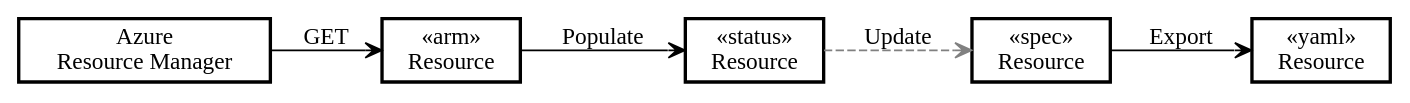
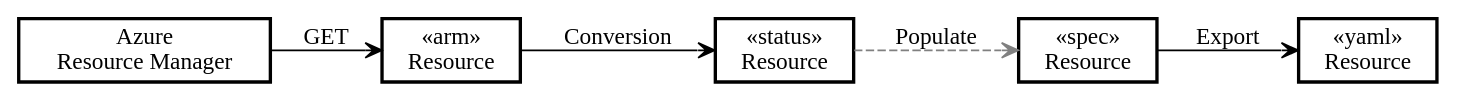
The diagram in docs/hugo/content/design/images/adr-2022-11-import-flow.dot (Azure/azure-service-operator), drawn with Graphviz before and after one commit. The commit also changed 1 other file, not shown here.

Commit message:
Tweak diagram

```diff
--- a/docs/hugo/content/design/images/adr-2022-11-import-flow.dot
+++ b/docs/hugo/content/design/images/adr-2022-11-import-flow.dot
@@ -1,22 +1,22 @@
 graph {
     nodesep="1"
     rankdir = LR;
 
     node [shape=rect, penwidth=2]
     arm [label="Azure\nResource Manager"]
 
     rsrc_arm [label="«arm»\nResource"]
     
     rsrc_spec [label="«spec»\nResource"]
     rsrc_status [label="«status»\nResource"]
     rsrc_yaml [label="«yaml»\nResource"]
 
     edge [arrowhead=vee, arrowtail=vee, dir=forward]
 
     arm -- rsrc_arm  [label="GET", arrowhead=vee]
-    rsrc_arm -- rsrc_status [label="Populate", arrowhead=vee]
+    rsrc_arm -- rsrc_status [label="Conversion", arrowhead=vee]
     rsrc_spec -- rsrc_yaml [label="Export", arrowhead=vee]
     
     edge [style=dashed, color=gray]
-    rsrc_status -- rsrc_spec [label="Update", arrowhead=vee]
+    rsrc_status -- rsrc_spec [label="Populate", arrowhead=vee]
 }
```
